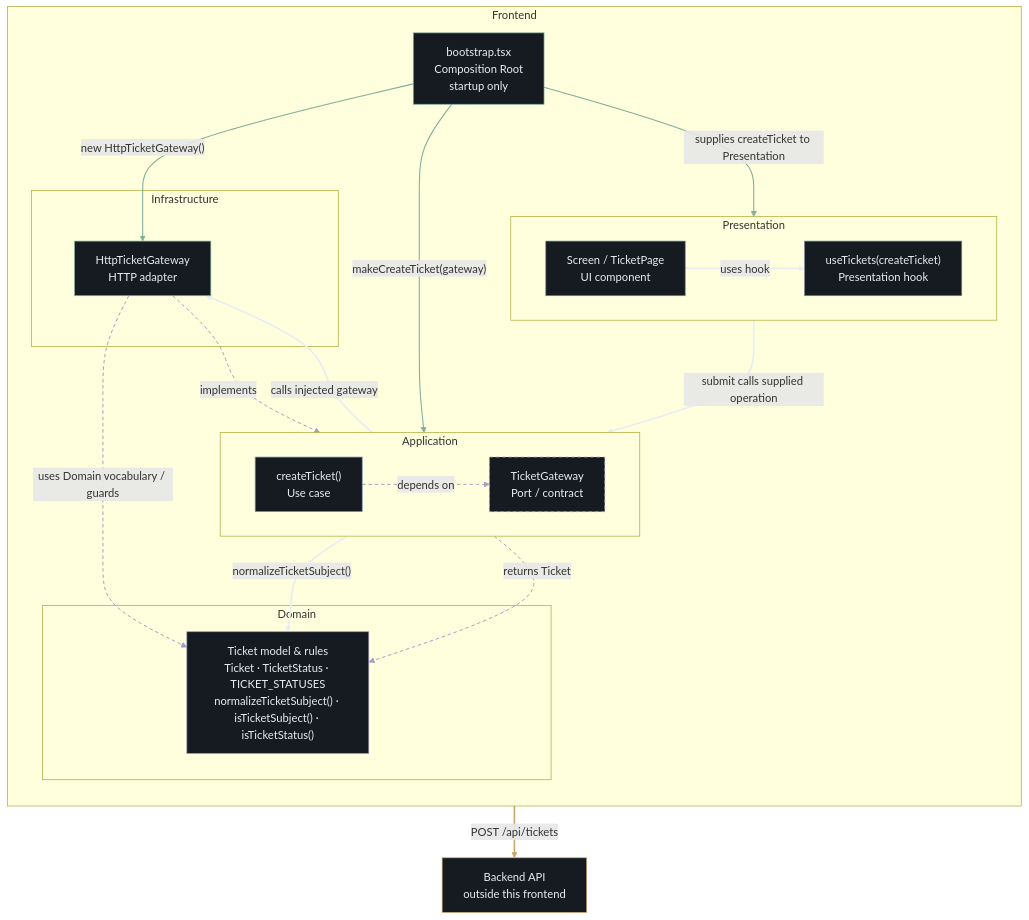
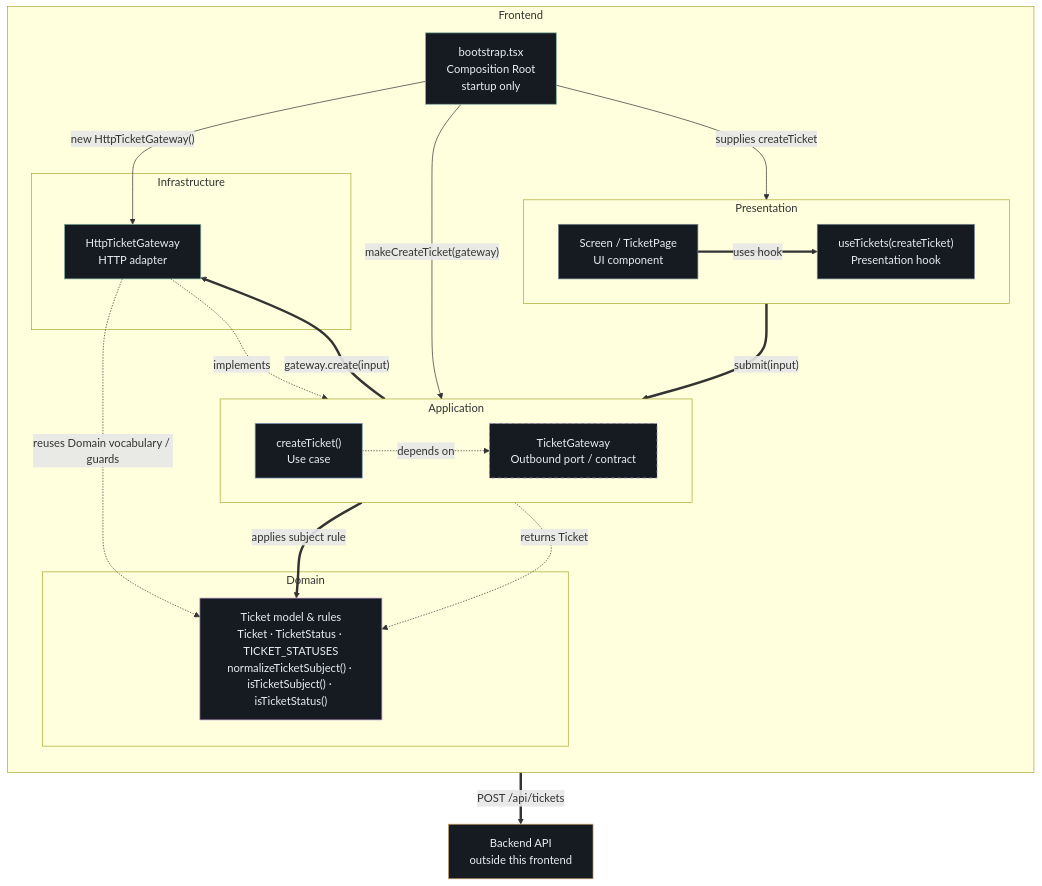
One commit to AndresTaoFlorez/software-architecture changed the diagram in frontend/ports-and-adapters.md. Above: the diagram before and after it, drawn with Mermaid. The commit also changed other lines of this file, not shown here.

Commit message:
docs: use Mermaid as primary Ports and Adapters diagram

````diff
--- a/frontend/ports-and-adapters.md
+++ b/frontend/ports-and-adapters.md
@@ -42,65 +29,60 @@
 ```mermaid
 flowchart TB
     subgraph FRONTEND["Frontend"]
         direction TB
 
         subgraph PRESENTATION["Presentation"]
             direction LR
             SCREEN["Screen / TicketPage<br/>UI component"]
             HOOK["useTickets(createTicket)<br/>Presentation hook"]
             SCREEN ==>|"uses hook"| HOOK
         end
 
         subgraph APPLICATION["Application"]
             direction LR
-            PORT["TicketGateway<br/>Port / contract"]
             USECASE["createTicket()<br/>Use case"]
+            PORT["TicketGateway<br/>Outbound port / contract"]
             USECASE -.->|"depends on"| PORT
         end
 
         subgraph DOMAIN["Domain"]
-            DOMAIN_MODEL["Ticket model & rules<br/>Ticket · TicketStatus · TICKET_STATUSES<br/>normalizeTicketSubject() · isTicketSubject() · isTicketStatus()"]
+            MODEL["Ticket model & rules<br/>Ticket · TicketStatus · TICKET_STATUSES<br/>normalizeTicketSubject() · isTicketSubject() · isTicketStatus()"]
         end
 
         subgraph INFRASTRUCTURE["Infrastructure"]
             ADAPTER["HttpTicketGateway<br/>HTTP adapter"]
         end
 
-        HOOK ==>|"submit calls supplied operation"| USECASE
-        USECASE ==>|"normalizeTicketSubject()"| DOMAIN_MODEL
-        USECASE ==>|"calls injected gateway"| ADAPTER
+        HOOK ==>|"submit(input)"| USECASE
+        USECASE ==>|"applies subject rule"| MODEL
+        USECASE ==>|"gateway.create(input)"| ADAPTER
 
-        PORT -.->|"returns Ticket"| DOMAIN_MODEL
+        PORT -.->|"returns Ticket"| MODEL
         ADAPTER -.->|"implements"| PORT
-        ADAPTER -.->|"uses Domain vocabulary / guards"| DOMAIN_MODEL
+        ADAPTER -.->|"reuses Domain vocabulary / guards"| MODEL
 
         BOOT["bootstrap.tsx<br/>Composition Root<br/>startup only"]
         BOOT -->|"new HttpTicketGateway()"| ADAPTER
         BOOT -->|"makeCreateTicket(gateway)"| USECASE
-        BOOT -->|"supplies createTicket to Presentation"| HOOK
+        BOOT -->|"supplies createTicket"| HOOK
     end
 
     API["Backend API<br/>outside this frontend"]
     ADAPTER ==>|"POST /api/tickets"| API
 
     classDef presentation fill:#161b22,stroke:#748392,color:#e6edf3
     classDef application fill:#161b22,stroke:#7f98bc,color:#e6edf3
     classDef port fill:#161b22,stroke:#a79dc5,color:#e6edf3,stroke-dasharray:5 4
-    classDef domain fill:#161b22,stroke:#a79dc5,color:#e6edf3
+    classDef domain fill:#161b22,stroke:#b790c8,color:#e6edf3
     classDef adapter fill:#161b22,stroke:#7fae9d,color:#e6edf3
     classDef composition fill:#161b22,stroke:#7fae9d,color:#e6edf3
     classDef external fill:#161b22,stroke:#c9a66b,color:#e6edf3
 
     class SCREEN,HOOK presentation
     class USECASE application
     class PORT port
-    class DOMAIN_MODEL domain
+    class MODEL domain
     class ADAPTER adapter
     class BOOT composition
     class API external
-
-    linkStyle 0,2,3,4 stroke:#e6edf3,stroke-width:2.3px
-    linkStyle 1,5,6,7 stroke:#a79dc5,stroke-width:1.4px,stroke-dasharray:5 4
-    linkStyle 8,9,10 stroke:#7fae9d,stroke-width:1.5px
-    linkStyle 11 stroke:#c9a66b,stroke-width:2.3px
 ```
````
